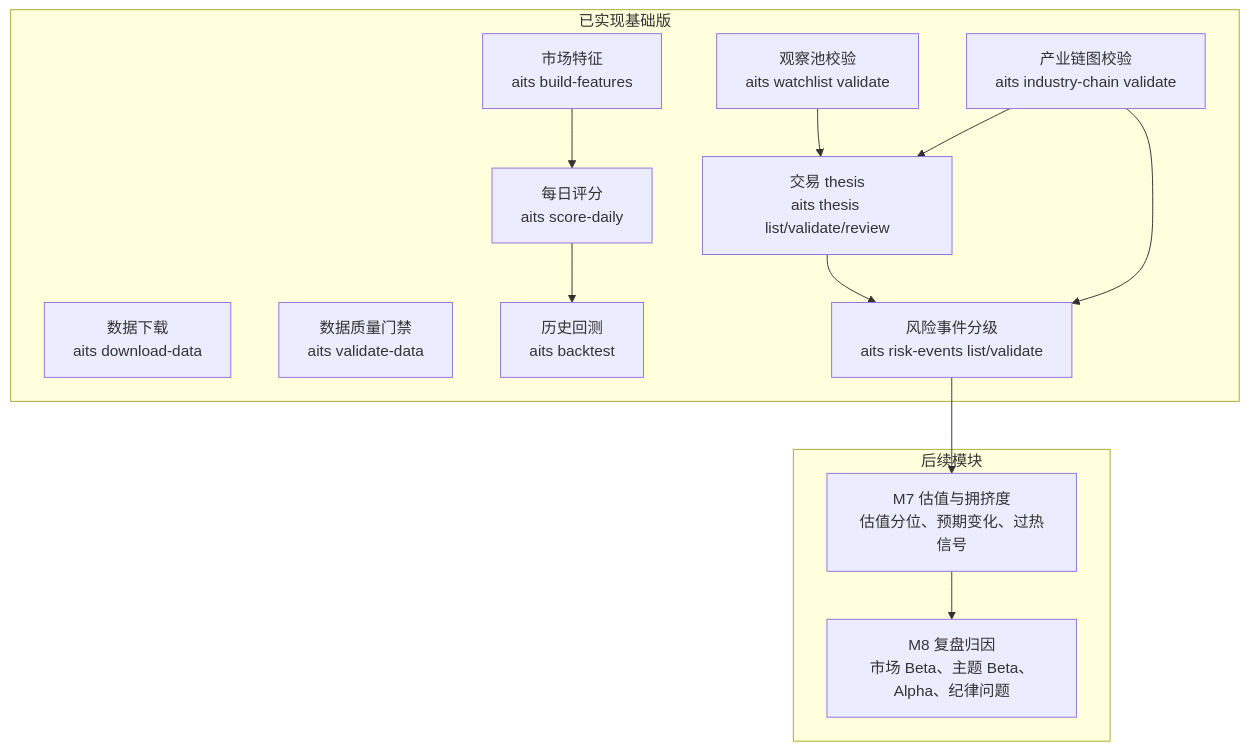
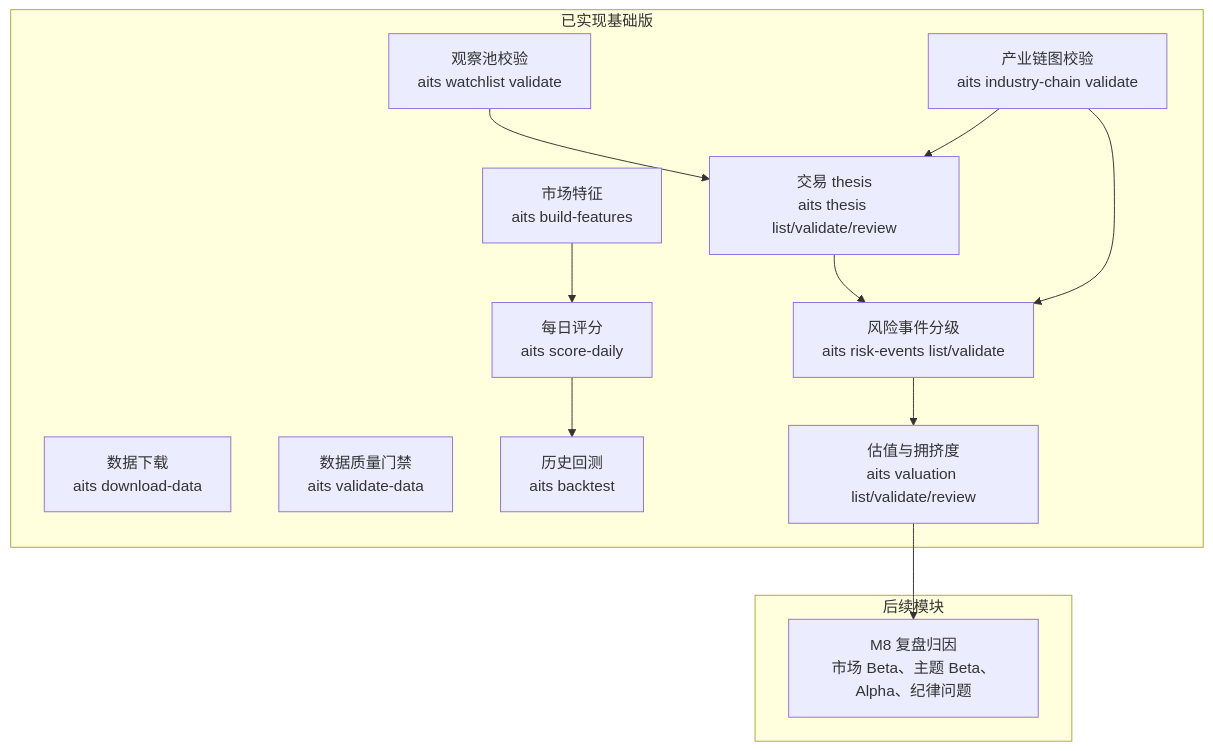
One commit to AI-Trading-Collaboration/AITradingSystem changed the fifth of 5 diagrams in docs/system_flow.md. Above: the diagram before and after it, drawn with Mermaid. The commit also changed other lines of this file and 9 other files, not shown here.

Commit message:
Add valuation snapshot review workflow

````diff
--- a/docs/system_flow.md
+++ b/docs/system_flow.md
@@ -220,28 +239,28 @@
 ```mermaid
 flowchart TD
     subgraph Done["已实现基础版"]
         A["数据下载<br/>aits download-data"]
         B["数据质量门禁<br/>aits validate-data"]
         C["市场特征<br/>aits build-features"]
         D["每日评分<br/>aits score-daily"]
         E["历史回测<br/>aits backtest"]
         F["观察池校验<br/>aits watchlist validate"]
         G["产业链图校验<br/>aits industry-chain validate"]
         H["交易 thesis<br/>aits thesis list/validate/review"]
         I["风险事件分级<br/>aits risk-events list/validate"]
+        J["估值与拥挤度<br/>aits valuation list/validate/review"]
     end
 
     subgraph Next["后续模块"]
-        J["M7 估值与拥挤度<br/>估值分位、预期变化、过热信号"]
         K["M8 复盘归因<br/>市场 Beta、主题 Beta、Alpha、纪律问题"]
     end
 
     C --> D
     D --> E
     F --> H
     G --> H
     G --> I
     H --> I
     I --> J
     J --> K
 ```
````
